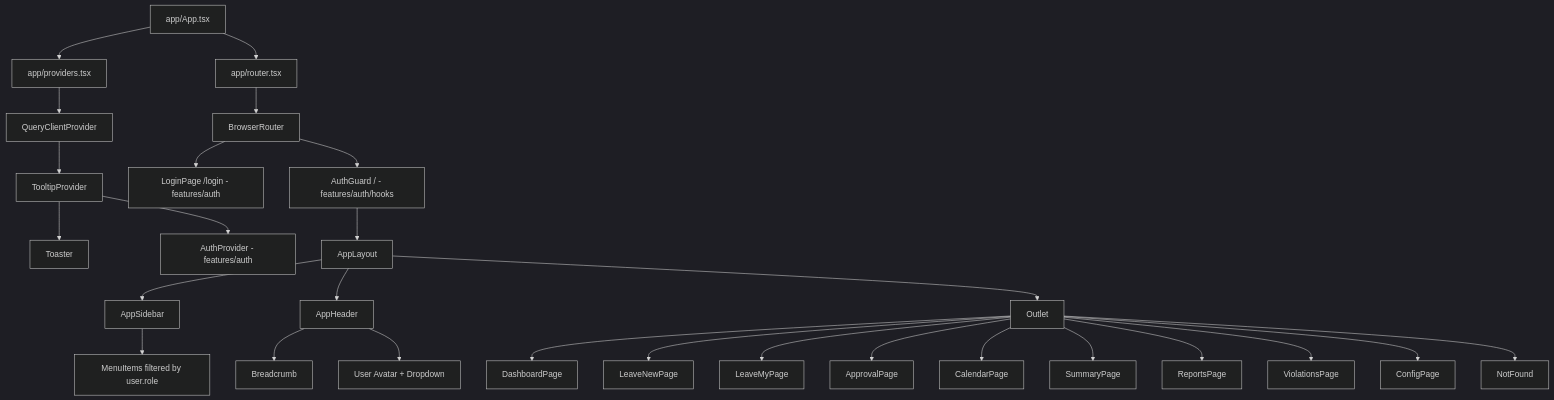
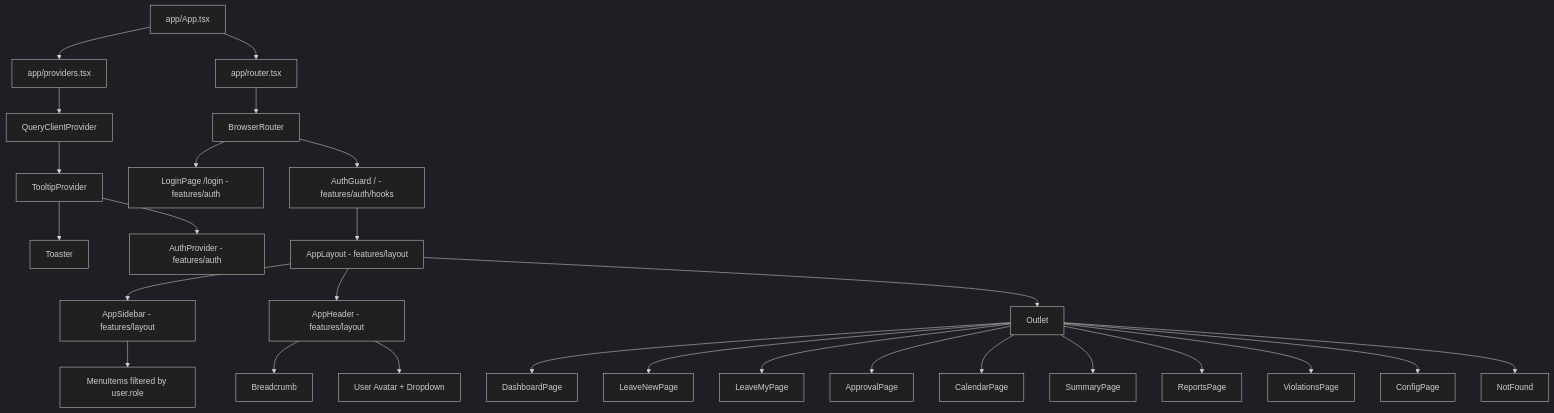
Before and after one commit to Ali-AnNT/qlnp-ttcds: the first of 7 diagrams in docs/system-architecture.md, drawn with Mermaid (dark theme). The commit also changed other lines of this file and 16 other files, not shown here.

First line of the commit message:
refactor(web): migrate layout to VSA features/layout structure

````diff
--- a/docs/system-architecture.md
+++ b/docs/system-architecture.md
@@ -108,31 +108,31 @@
 ```mermaid
 graph TD
     App[app/App.tsx]
     App --> Providers[app/providers.tsx]
     Providers --> QCP[QueryClientProvider]
     QCP --> TP[TooltipProvider]
     TP --> Toaster
     TP --> AP[AuthProvider - features/auth]
     App --> Router[app/router.tsx]
     Router --> BR[BrowserRouter]
     BR --> LP[LoginPage /login - features/auth]
     BR --> AG[AuthGuard / - features/auth/hooks]
-    AG --> AL[AppLayout]
-    AL --> AS[AppSidebar]
-    AL --> AH[AppHeader]
+    AG --> AL[AppLayout - features/layout]
+    AL --> AS[AppSidebar - features/layout]
+    AL --> AH[AppHeader - features/layout]
     AL --> OUT[Outlet]
     OUT --> DP[DashboardPage]
     OUT --> LNP[LeaveNewPage]
     OUT --> LMP[LeaveMyPage]
     OUT --> APV[ApprovalPage]
     OUT --> CP[CalendarPage]
     OUT --> SP[SummaryPage]
     OUT --> RP[ReportsPage]
     OUT --> VP[ViolationsPage]
     OUT --> CFP[ConfigPage]
     OUT --> NF[NotFound]
 
     AS --> MenuItems[MenuItems filtered by user.role]
     AH --> BC[Breadcrumb]
     AH --> UserMenu[User Avatar + Dropdown]
 ```
````
